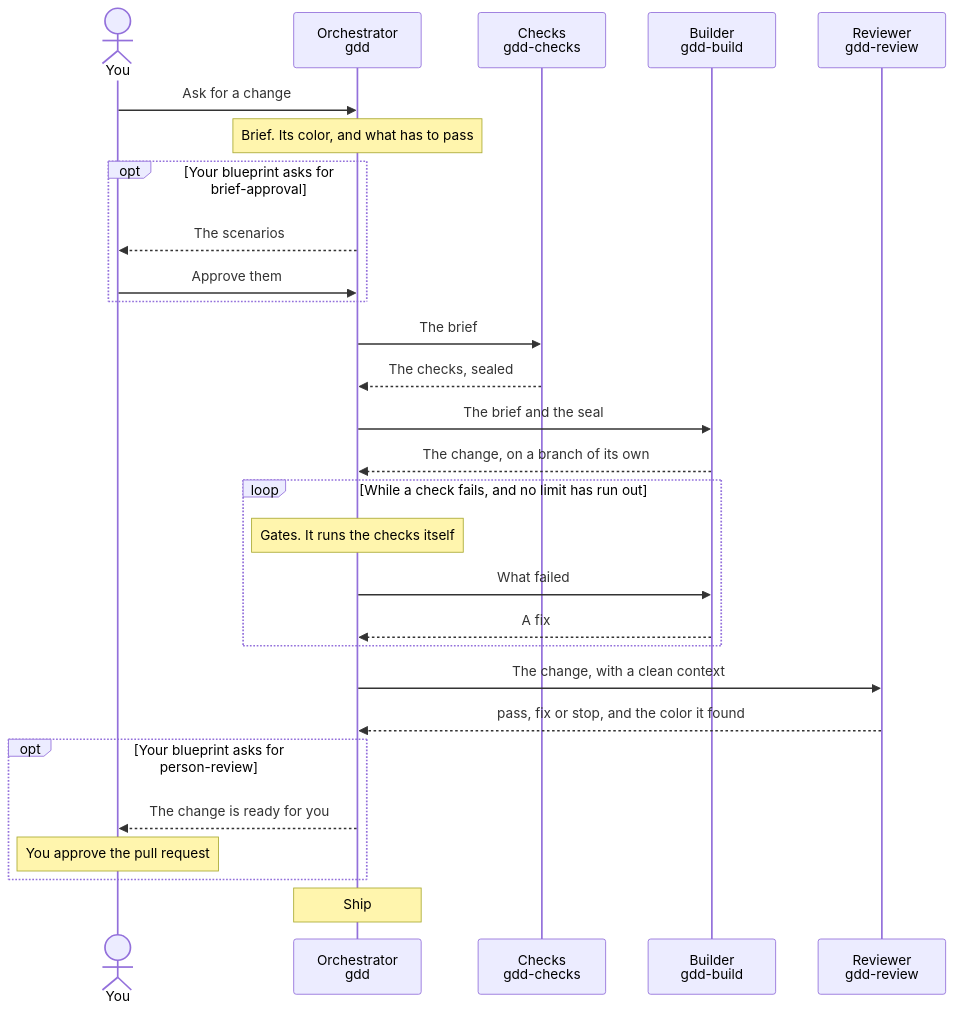
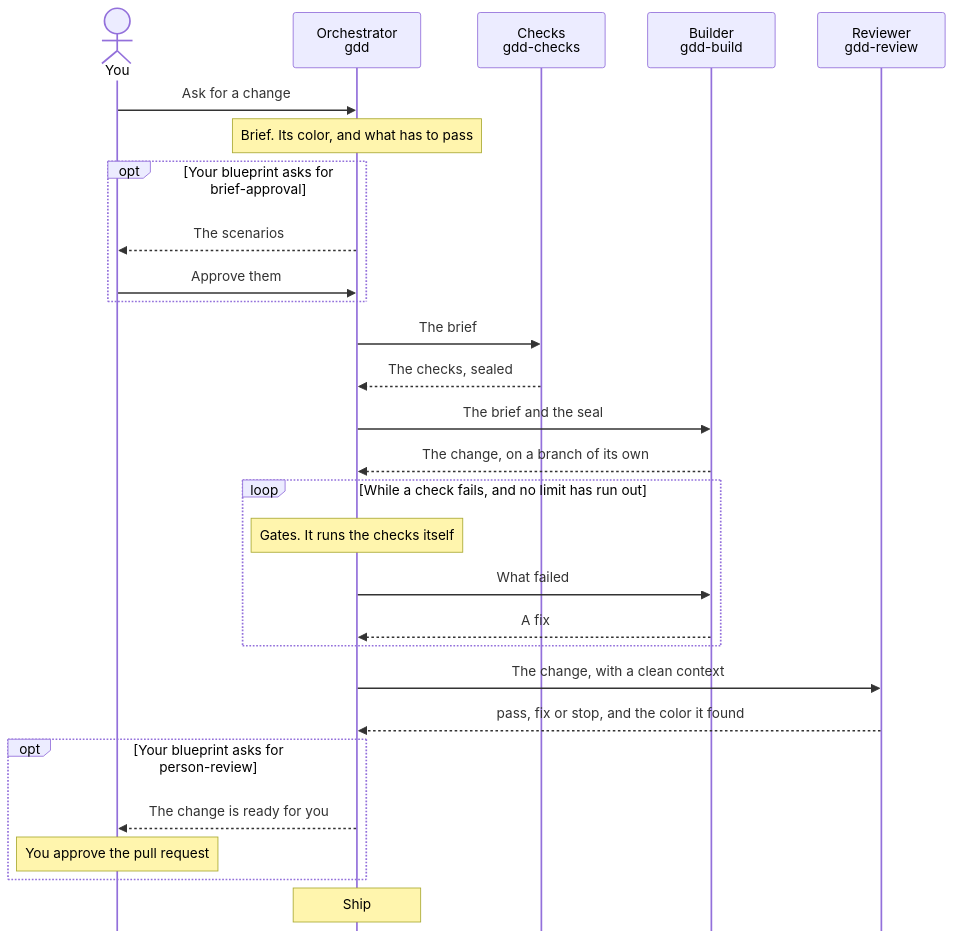
The second of 4 diagrams in skills/README.md (MarsGotta/gdd), drawn with Mermaid before and after one commit. The commit also changed other lines of this file and 1 other file, not shown here.

First line of the commit message:
Keep the diagrams clear of GitHub's zoom buttons

````diff
--- a/skills/README.md
+++ b/skills/README.md
@@ -121,33 +125,34 @@
 ```mermaid
+%%{init: {"sequence": {"diagramMarginX": 160, "mirrorActors": false}}}%%
 sequenceDiagram
     accTitle: Who does what in one change
     accDescr: You ask the orchestrator for a change. It briefs it, a second agent writes and seals the checks, a third builds, the orchestrator runs the gates, and a reviewer with a clean context gives its verdict. You approve where your blueprint asks for a person.
     actor You
     participant O as Orchestrator<br/>gdd
     participant C as Checks<br/>gdd-checks
     participant B as Builder<br/>gdd-build
     participant R as Reviewer<br/>gdd-review
 
     You->>O: Ask for a change
     Note over O: Brief. Its color, and what has to pass
     opt Your blueprint asks for brief-approval
         O-->>You: The scenarios
         You->>O: Approve them
     end
     O->>C: The brief
     C-->>O: The checks, sealed
     O->>B: The brief and the seal
     B-->>O: The change, on a branch of its own
     loop While a check fails, and no limit has run out
         Note over O: Gates. It runs the checks itself
         O->>B: What failed
         B-->>O: A fix
     end
     O->>R: The change, with a clean context
     R-->>O: pass, fix or stop, and the color it found
     opt Your blueprint asks for person-review
         O-->>You: The change is ready for you
         Note over You: You approve the pull request
     end
     Note over O: Ship
 ```
````
